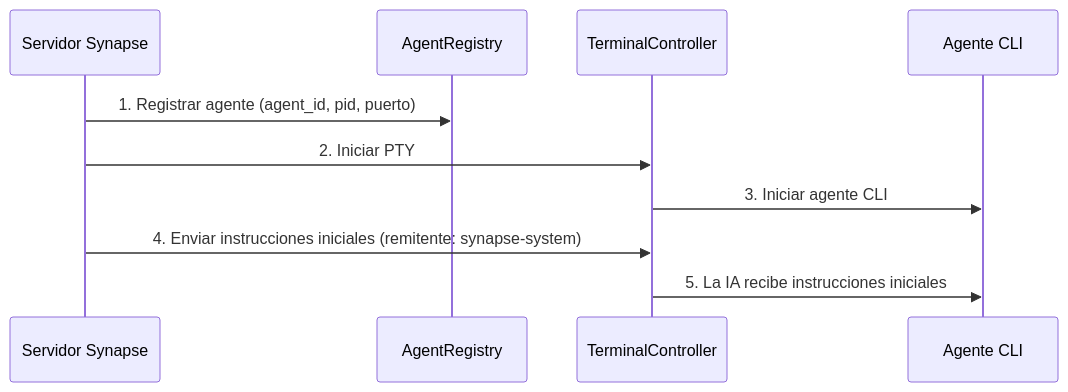
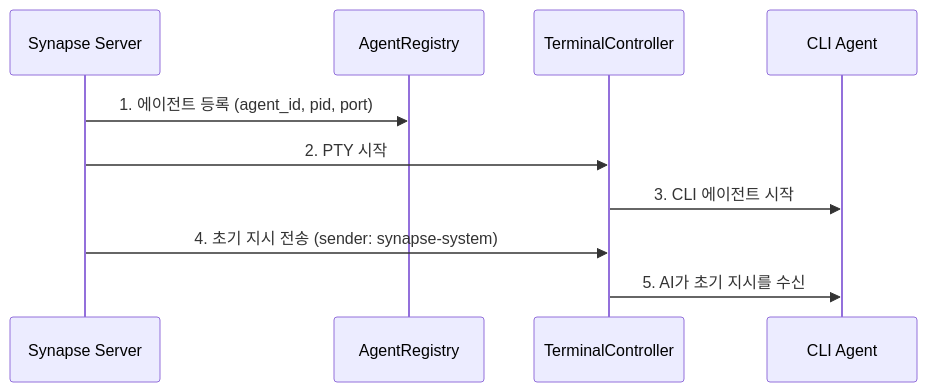
One commit to s-hiraoku/synapse-a2a changed the second of 5 diagrams in README.ko.md. Above: the diagram before and after it, drawn with Mermaid. The commit also changed other lines of this file and 7 other files, not shown here.

````diff
--- a/README.ko.md
+++ b/README.ko.md
@@ -477,13 +430,13 @@
 ```mermaid
 sequenceDiagram
-    participant Synapse as Servidor Synapse
+    participant Synapse as Synapse Server
     participant Registry as AgentRegistry
     participant PTY as TerminalController
-    participant CLI as Agente CLI
+    participant CLI as CLI Agent
 
-    Synapse->>Registry: 1. Registrar agente (agent_id, pid, puerto)
-    Synapse->>PTY: 2. Iniciar PTY
-    PTY->>CLI: 3. Iniciar agente CLI
-    Synapse->>PTY: 4. Enviar instrucciones iniciales (remitente: synapse-system)
-    PTY->>CLI: 5. La IA recibe instrucciones iniciales
+    Synapse->>Registry: 1. 에이전트 등록 (agent_id, pid, port)
+    Synapse->>PTY: 2. PTY 시작
+    PTY->>CLI: 3. CLI 에이전트 시작
+    Synapse->>PTY: 4. 초기 지시 전송 (sender: synapse-system)
+    PTY->>CLI: 5. AI가 초기 지시를 수신
 ```
````
